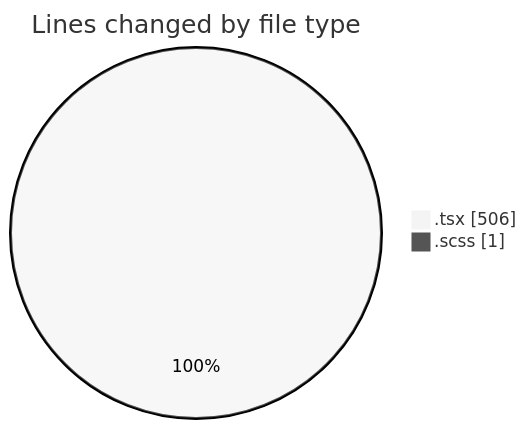
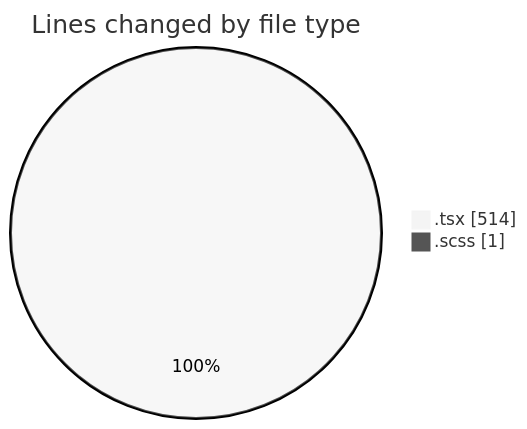
One commit to momahboobian/code-tracking changed the first of 2 diagrams in 2025-03-19/cda/README.md. Above: the diagram before and after it, drawn with Mermaid (neutral theme). The commit also changed other lines of this file and 1 other file, not shown here.

````diff
--- a/2025-03-19/cda/README.md
+++ b/2025-03-19/cda/README.md
@@ -23,6 +23,6 @@
 ```mermaid
 pie showData
 title Lines changed by file type
-".tsx" : 506
+".tsx" : 514
 ".scss" : 1
 ```
````
